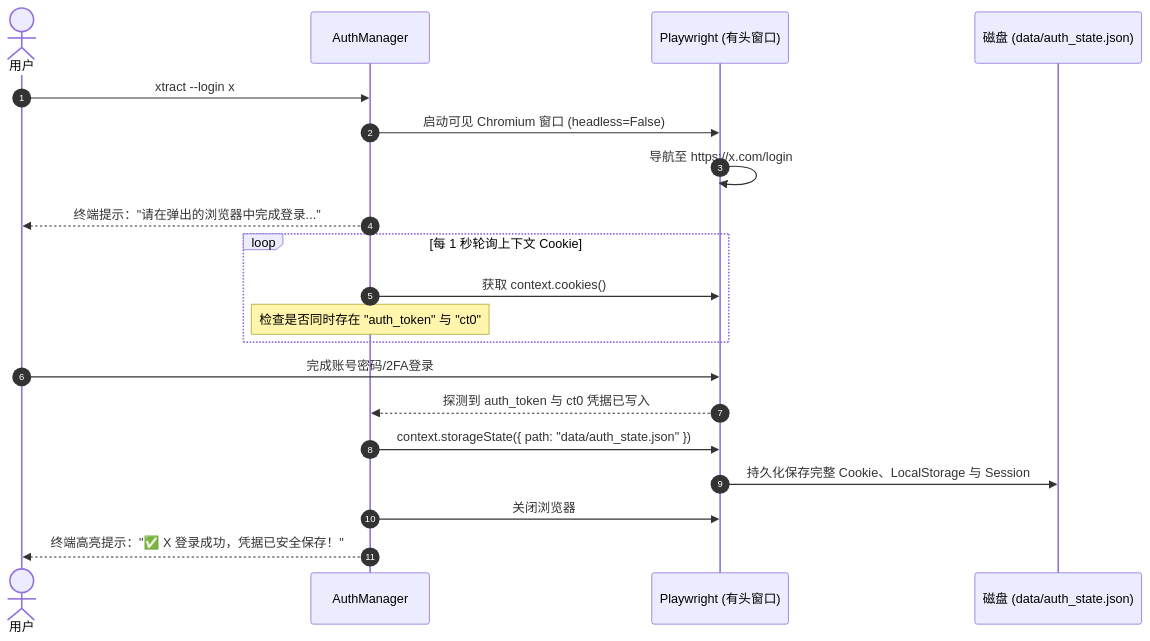
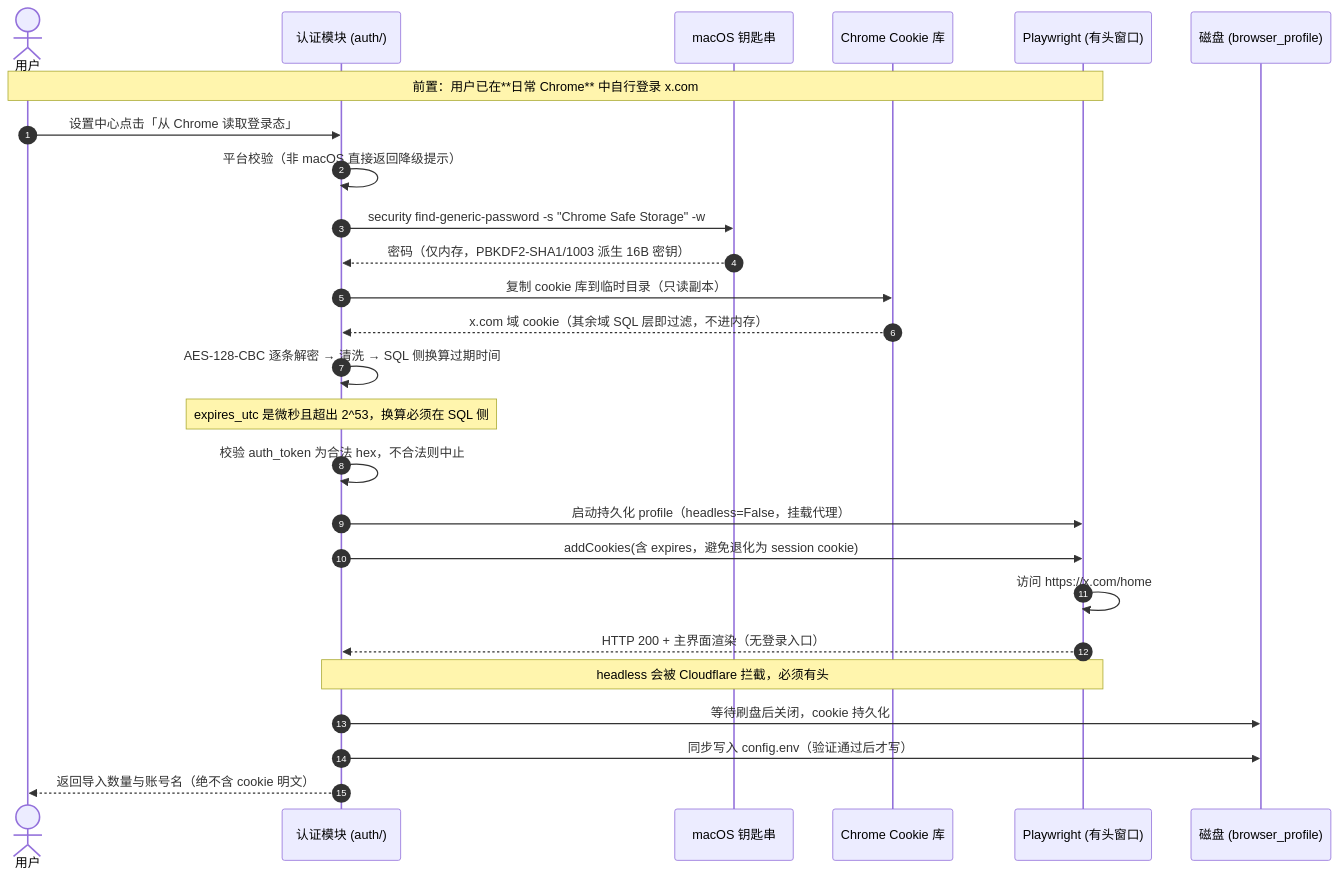
The third of 5 diagrams in docs/detailed_design.md (monkeychen/xtract), drawn with Mermaid before and after one commit. The commit also changed other lines of this file and 16 other files, not shown here.

````diff
--- a/docs/detailed_design.md
+++ b/docs/detailed_design.md
@@ -136,25 +136,30 @@
 ```mermaid
 sequenceDiagram
     autonumber
     actor User as 用户
-    participant Auth as AuthManager
+    participant Auth as 认证模块 (auth/)
+    participant KC as macOS 钥匙串
+    participant DB as Chrome Cookie 库
     participant PW as Playwright (有头窗口)
-    participant FS as 磁盘 (data/auth_state.json)
+    participant FS as 磁盘 (browser_profile)
 
-    User->>Auth: xtract --login x
-    Auth->>PW: 启动可见 Chromium 窗口 (headless=False)
-    PW->>PW: 导航至 https://x.com/login
-    Auth-->>User: 终端提示："请在弹出的浏览器中完成登录..."
-    
-    loop 每 1 秒轮询上下文 Cookie
-        Auth->>PW: 获取 context.cookies()
-        Note over Auth: 检查是否同时存在 "auth_token" 与 "ct0"
-    end
+    Note over User,PW: 前置：用户已在**日常 Chrome** 中自行登录 x.com
+    User->>Auth: 设置中心点击「从 Chrome 读取登录态」
+    Auth->>Auth: 平台校验（非 macOS 直接返回降级提示）
+    Auth->>KC: security find-generic-password -s "Chrome Safe Storage" -w
+    KC-->>Auth: 密码（仅内存，PBKDF2-SHA1/1003 派生 16B 密钥）
+    Auth->>DB: 复制 cookie 库到临时目录（只读副本）
+    DB-->>Auth: x.com 域 cookie（其余域 SQL 层即过滤，不进内存）
+    Auth->>Auth: AES-128-CBC 逐条解密 → 清洗 → SQL 侧换算过期时间
+    Note over Auth: expires_utc 是微秒且超出 2^53，换算必须在 SQL 侧
+    Auth->>Auth: 校验 auth_token 为合法 hex，不合法则中止
 
-    User->>PW: 完成账号密码/2FA登录
-    PW-->>Auth: 探测到 auth_token 与 ct0 凭据已写入
-    Auth->>PW: context.storageState({ path: "data/auth_state.json" })
-    PW->>FS: 持久化保存完整 Cookie、LocalStorage 与 Session
-    Auth->>PW: 关闭浏览器
-    Auth-->>User: 终端高亮提示："✅ X 登录成功，凭据已安全保存！"
+    Auth->>PW: 启动持久化 profile（headless=False，挂载代理）
+    Auth->>PW: addCookies(含 expires，避免退化为 session cookie)
+    PW->>PW: 访问 https://x.com/home
+    PW-->>Auth: HTTP 200 + 主界面渲染（无登录入口）
+    Note over Auth,PW: headless 会被 Cloudflare 拦截，必须有头
+    Auth->>FS: 等待刷盘后关闭，cookie 持久化
+    Auth->>FS: 同步写入 config.env（验证通过后才写）
+    Auth-->>User: 返回导入数量与账号名（绝不含 cookie 明文）
 ```
````
